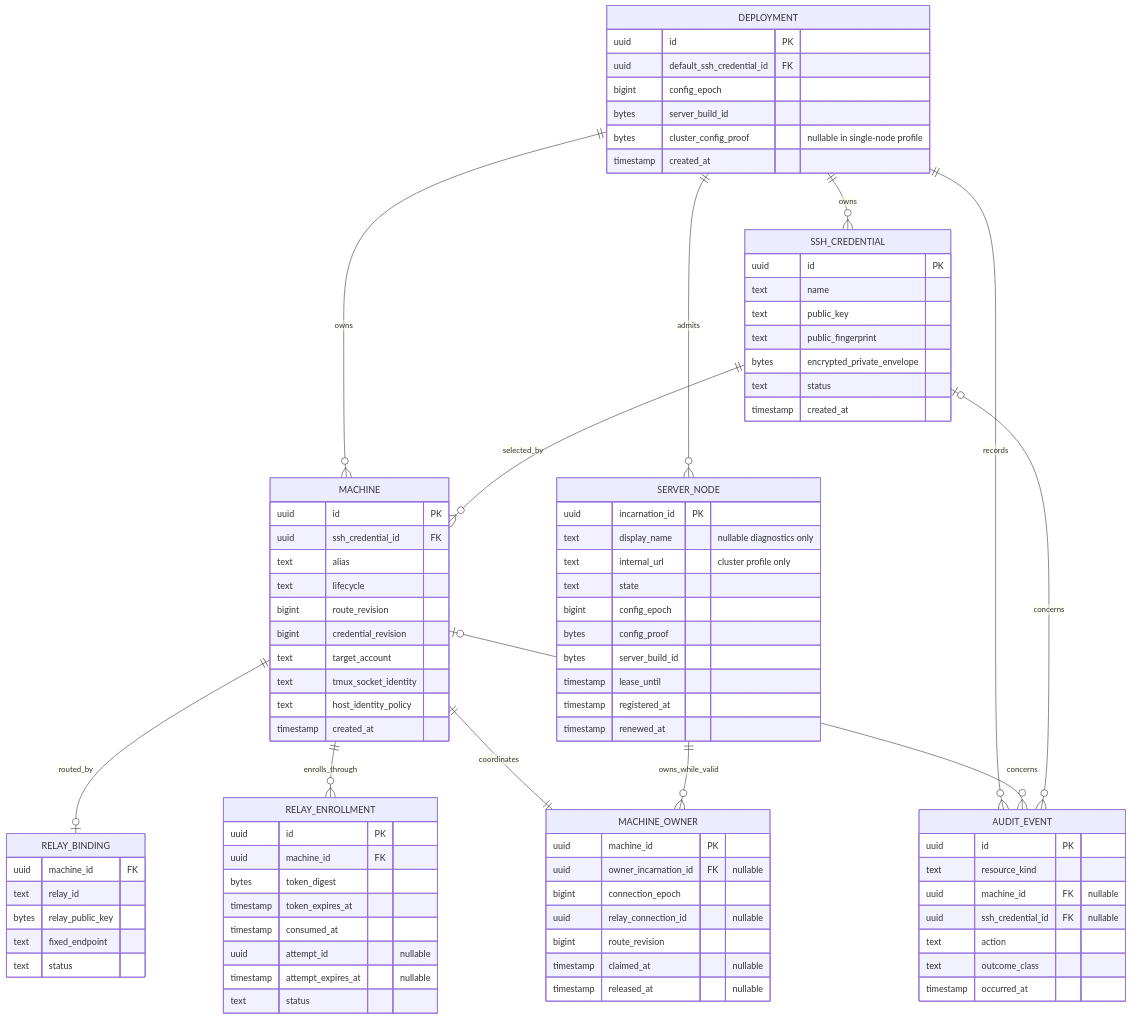
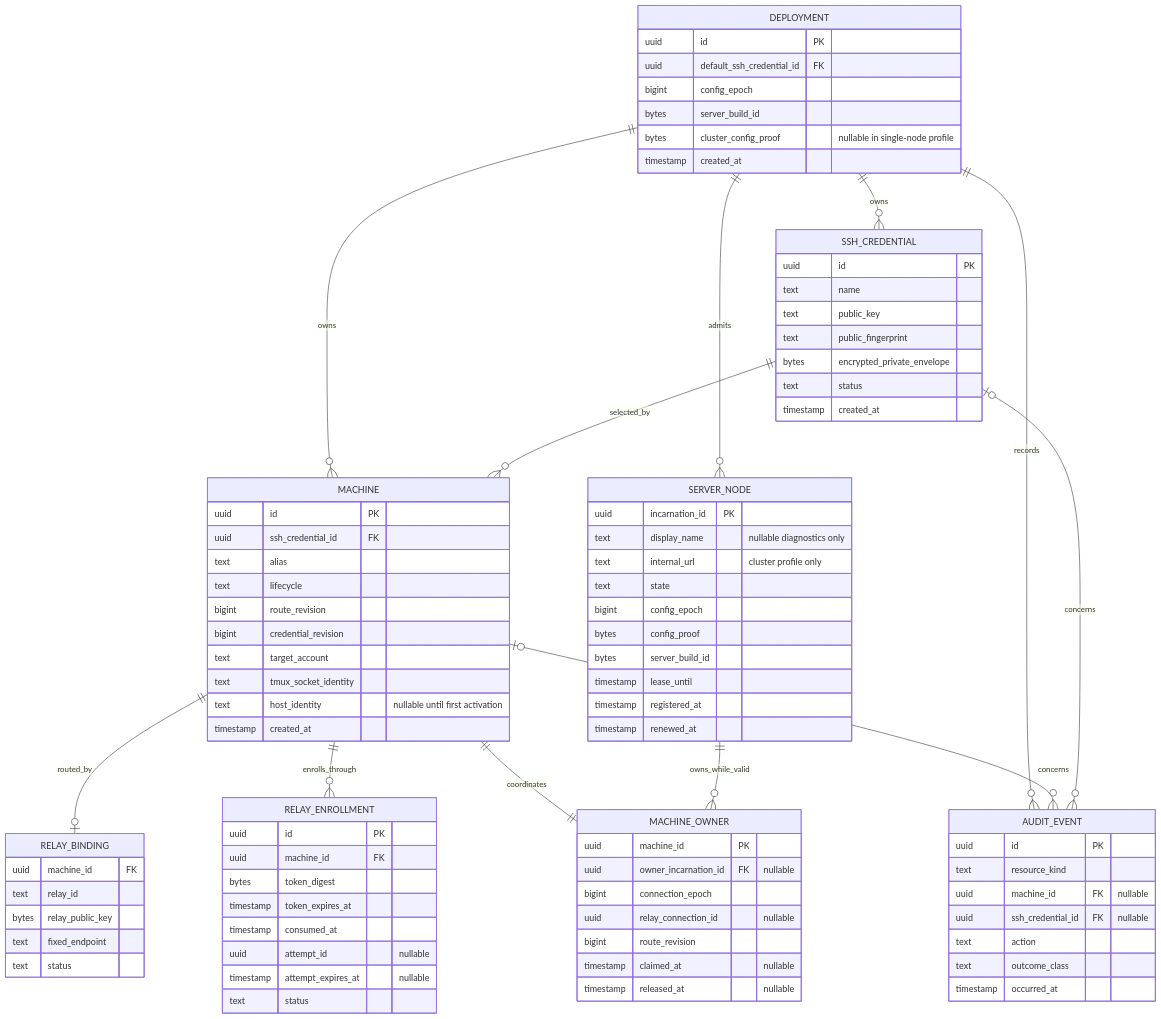
The second of 3 diagrams in spec/06-storage-consistency-and-private-key-encryption.md (Wh1isper/cloud-ssh), drawn with Mermaid before and after one commit. The commit also changed other lines of this file and 52 other files, not shown here.

First line of the commit message:
feat(ssh): pin host keys on first enrollment

```diff
--- a/spec/06-storage-consistency-and-private-key-encryption.md
+++ b/spec/06-storage-consistency-and-private-key-encryption.md
@@ -85,7 +85,7 @@
         bigint credential_revision
         text target_account
         text tmux_socket_identity
-        text host_identity_policy
+        text host_identity "nullable until first activation"
         timestamp created_at
     }
 
```
